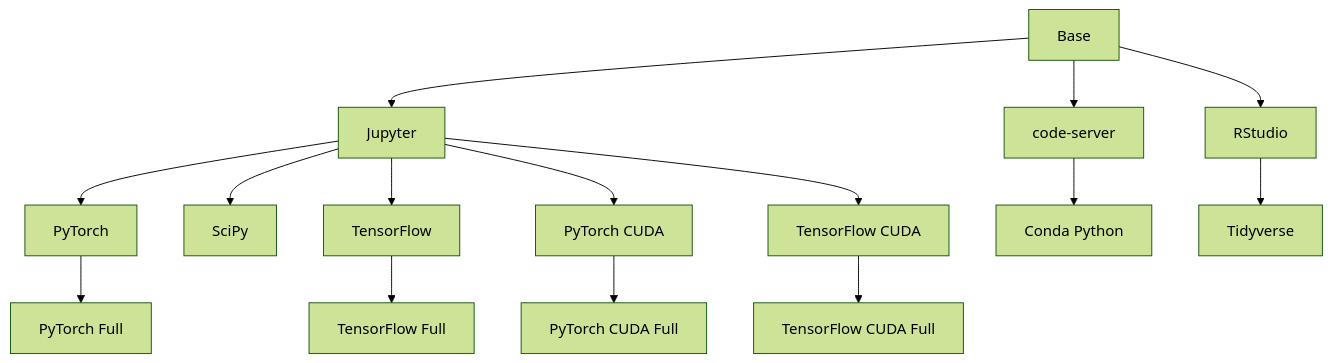
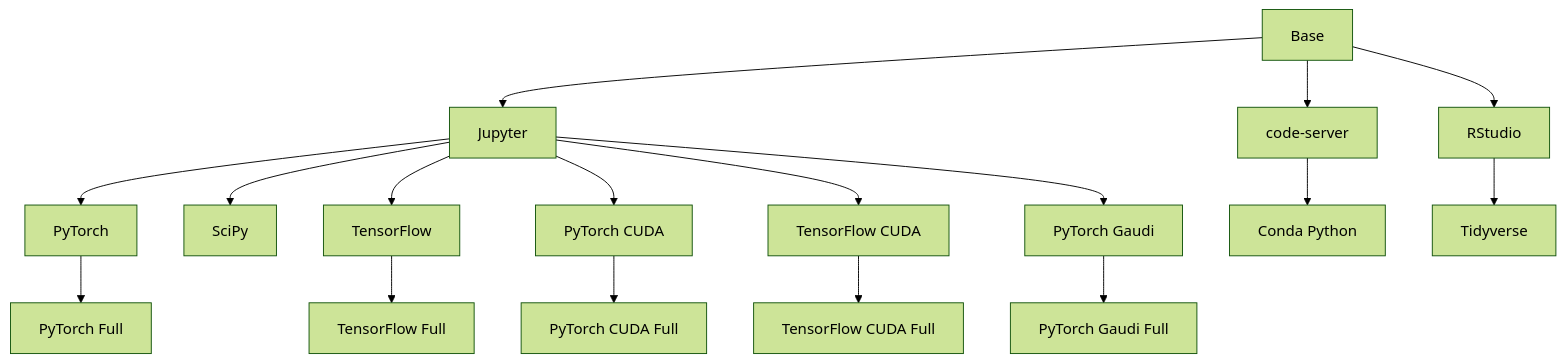
One commit to kubeflow/website changed the diagram in content/en/docs/components/notebooks/container-images.md. Above: the diagram before and after it, drawn with Mermaid. The commit also changed other lines of this file, not shown here.

Commit message:
chore: add references to Intel Gaudi container images

````diff
--- a/content/en/docs/components/notebooks/container-images.md
+++ b/content/en/docs/components/notebooks/container-images.md
@@ -16,39 +16,43 @@
 ```mermaid
 %%{init: {'theme':'forest'}}%%
 graph TD
   Base[Base] --> Jupyter[Jupyter]
   Base --> Code-Server[code-server]
   Base --> RStudio[RStudio]
   
   Jupyter --> PyTorch[PyTorch]
   Jupyter --> SciPy[SciPy]
   Jupyter --> TensorFlow[TensorFlow]
   
   Code-Server --> Code-Server-Conda-Python[Conda Python]
   RStudio --> Tidyverse[Tidyverse]
 
   PyTorch --> PyTorchFull[PyTorch Full]
   TensorFlow --> TensorFlowFull[TensorFlow Full]
 
   Jupyter --> PyTorchCuda[PyTorch CUDA]
   Jupyter --> TensorFlowCuda[TensorFlow CUDA]
+  Jupyter --> PyTorchGaudi[PyTorch Gaudi]
 
   PyTorchCuda --> PyTorchCudaFull[PyTorch CUDA Full]
   TensorFlowCuda --> TensorFlowCudaFull[TensorFlow CUDA Full]
+  PyTorchGaudi --> PyTorchGaudiFull[PyTorch Gaudi Full]
 
   click Base "https://github.com/kubeflow/kubeflow/tree/master/components/example-notebook-servers/base"
   click Jupyter "https://github.com/kubeflow/kubeflow/tree/master/components/example-notebook-servers/jupyter"
   click Code-Server "https://github.com/kubeflow/kubeflow/tree/master/components/example-notebook-servers/codeserver"
   click RStudio "https://github.com/kubeflow/kubeflow/tree/master/components/example-notebook-servers/rstudio"
   click PyTorch "https://github.com/kubeflow/kubeflow/tree/master/components/example-notebook-servers/jupyter-pytorch"
   click SciPy "https://github.com/kubeflow/kubeflow/tree/master/components/example-notebook-servers/jupyter-scipy"
   click TensorFlow "https://github.com/kubeflow/kubeflow/tree/master/components/example-notebook-servers/jupyter-tensorflow"
   click Code-Server-Conda-Python "https://github.com/kubeflow/kubeflow/tree/master/components/example-notebook-servers/codeserver-python"
   click Tidyverse "https://github.com/kubeflow/kubeflow/tree/master/components/example-notebook-servers/rstudio-tidyverse"
   click PyTorchFull "https://github.com/kubeflow/kubeflow/tree/master/components/example-notebook-servers/jupyter-pytorch-full"
   click TensorFlowFull "https://github.com/kubeflow/kubeflow/tree/master/components/example-notebook-servers/jupyter-tensorflow-full"
   click PyTorchCuda "https://github.com/kubeflow/kubeflow/tree/master/components/example-notebook-servers/jupyter-pytorch-cuda"
   click TensorFlowCuda "https://github.com/kubeflow/kubeflow/tree/master/components/example-notebook-servers/jupyter-tensorflow-cuda"
   click PyTorchCudaFull "https://github.com/kubeflow/kubeflow/tree/master/components/example-notebook-servers/jupyter-pytorch-cuda-full"
   click TensorFlowCudaFull "https://github.com/kubeflow/kubeflow/tree/master/components/example-notebook-servers/jupyter-tensorflow-cuda-full"
+  click PyTorchGaudi "https://github.com/kubeflow/kubeflow/tree/master/components/example-notebook-servers/jupyter-pytorch-gaudi"
+  click PyTorchGaudiFull "https://github.com/kubeflow/kubeflow/tree/master/components/example-notebook-servers/jupyter-pytorch-gaudi-full"
 ```
````
